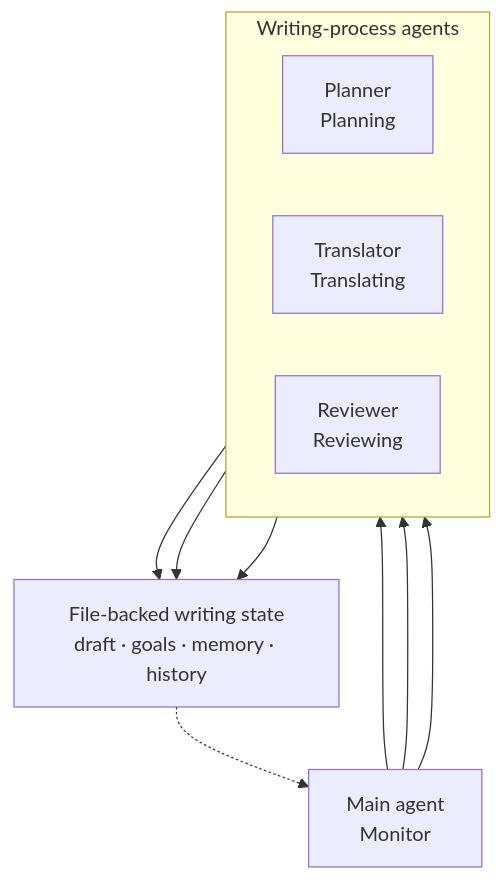
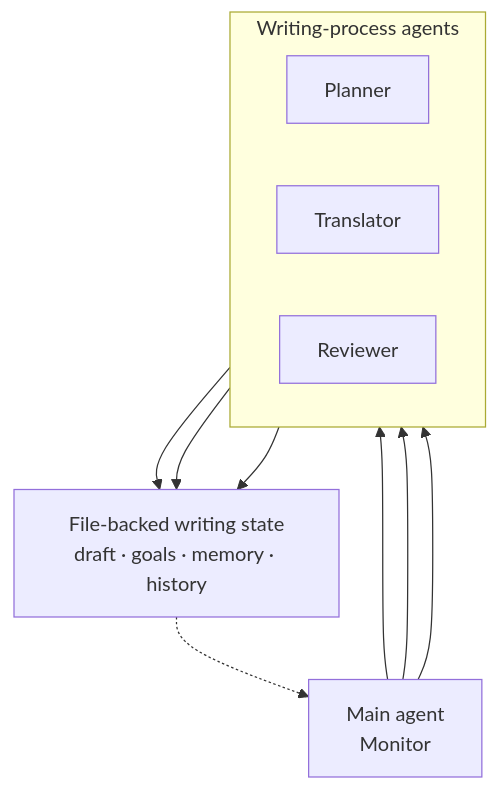
The diagram in docs/index.md (shunk031/agentic-cognitive-writing), drawn with Mermaid before and after one commit.

Commit message:
Simplify homepage architecture labels

````diff
--- a/docs/index.md
+++ b/docs/index.md
@@ -28,23 +28,23 @@
 ```mermaid
 flowchart TB
     monitor["Main agent<br/>Monitor"]
 
     subgraph agents["Writing-process agents"]
         direction LR
-        planner["Planner<br/>Planning"]
-        translator["Translator<br/>Translating"]
-        reviewer["Reviewer<br/>Reviewing"]
+        planner["Planner"]
+        translator["Translator"]
+        reviewer["Reviewer"]
     end
 
     state["File-backed writing state<br/>draft · goals · memory · history"]
 
     monitor --> planner
     monitor --> translator
     monitor --> reviewer
 
     planner --> state
     translator --> state
     reviewer --> state
 
     state -.-> monitor
 ```
````
